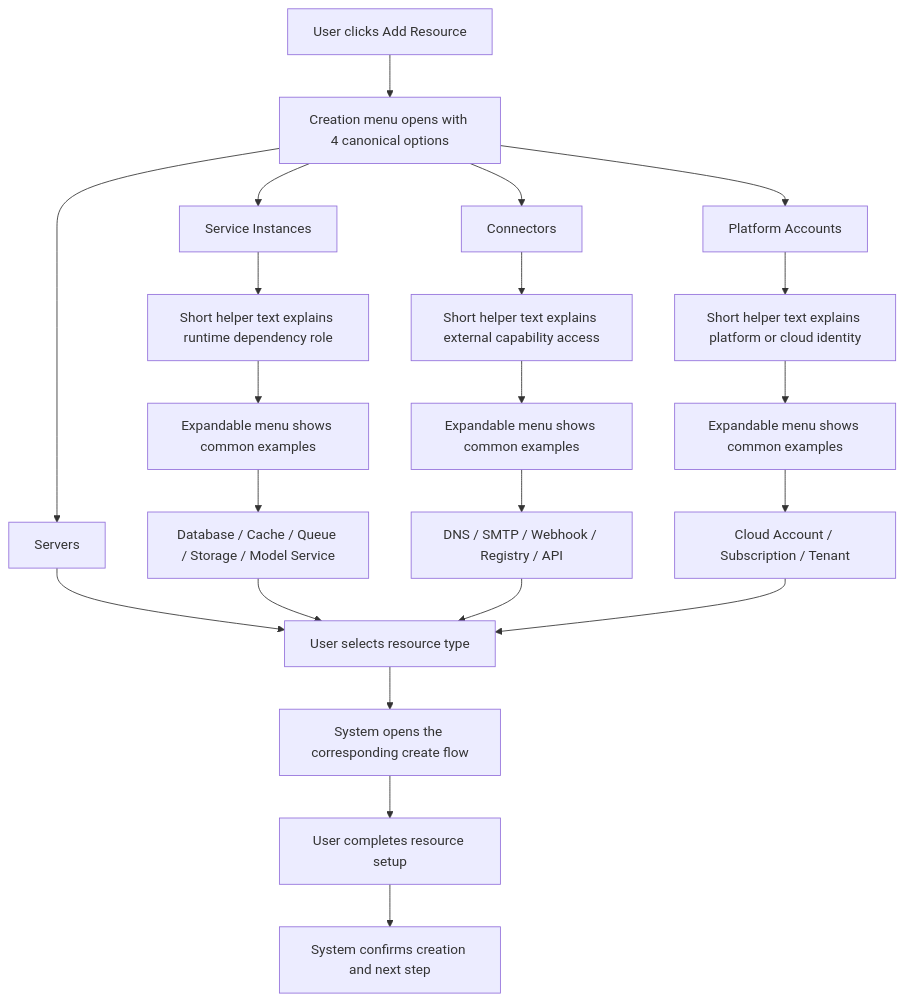
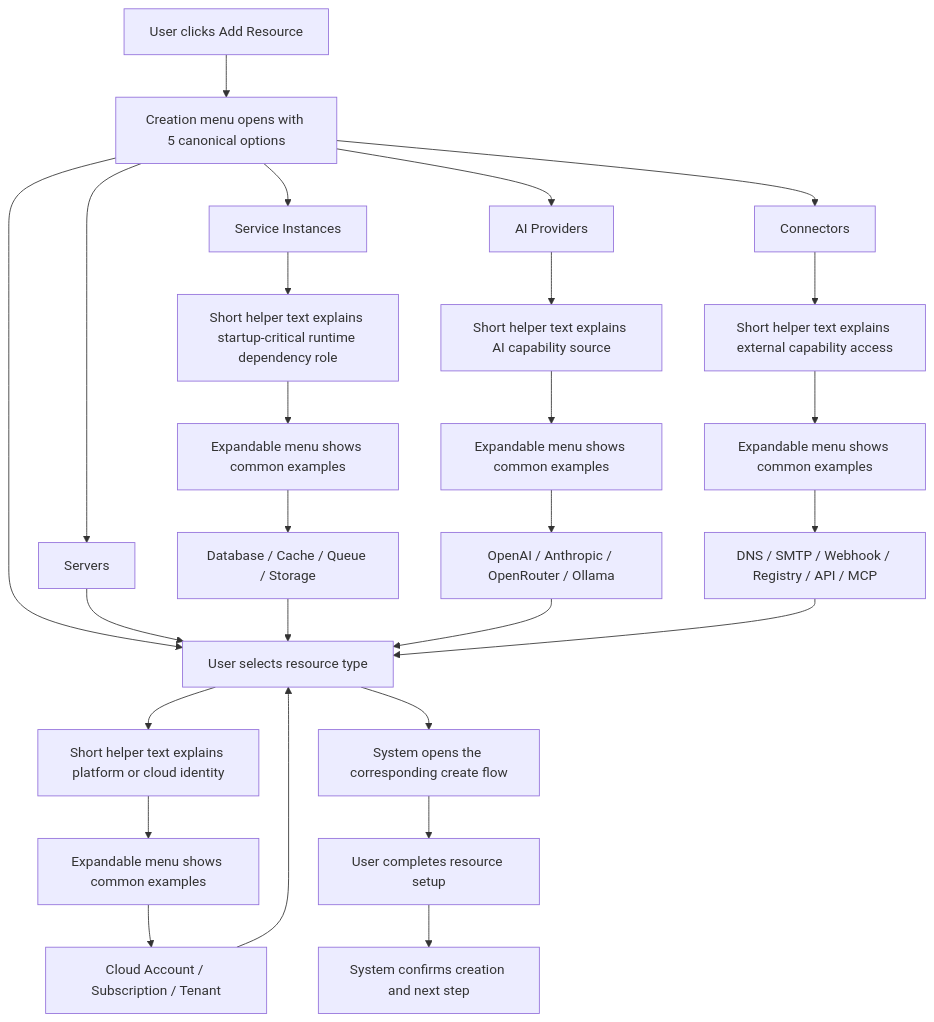
One commit to Websoft9/AppOS changed the second of 3 diagrams in specs/planning-artifacts/ux-design-specification.md. Above: the diagram before and after it, drawn with Mermaid. The commit also changed other lines of this file and 52 other files, not shown here.

````diff
--- a/specs/planning-artifacts/ux-design-specification.md
+++ b/specs/planning-artifacts/ux-design-specification.md
@@ -461,29 +465,35 @@
 ```mermaid
 flowchart TD
-  A[User clicks Add Resource] --> B[Creation menu opens with 4 canonical options]
+  A[User clicks Add Resource] --> B[Creation menu opens with 5 canonical options]
   B --> C[Servers]
   B --> D[Service Instances]
-  B --> E[Connectors]
-  B --> F[Platform Accounts]
+  B --> E[AI Providers]
+  B --> F[Connectors]
+  B --> G[Platform Accounts]
 
-  D --> D1[Short helper text explains runtime dependency role]
+  D --> D1[Short helper text explains startup-critical runtime dependency role]
   D1 --> D2[Expandable menu shows common examples]
-  D2 --> D3[Database / Cache / Queue / Storage / Model Service]
+  D2 --> D3[Database / Cache / Queue / Storage]
 
-  E --> E1[Short helper text explains external capability access]
+  E --> E1[Short helper text explains AI capability source]
   E1 --> E2[Expandable menu shows common examples]
-  E2 --> E3[DNS / SMTP / Webhook / Registry / API]
+  E2 --> E3[OpenAI / Anthropic / OpenRouter / Ollama]
 
-  F --> F1[Short helper text explains platform or cloud identity]
+  F --> F1[Short helper text explains external capability access]
   F1 --> F2[Expandable menu shows common examples]
-  F2 --> F3[Cloud Account / Subscription / Tenant]
+  F2 --> F3[DNS / SMTP / Webhook / Registry / API / MCP]
+
+  G --> G1[Short helper text explains platform or cloud identity]
+  G1 --> G2[Expandable menu shows common examples]
+  G2 --> G3[Cloud Account / Subscription / Tenant]
 
   C --> G[User selects resource type]
   D3 --> G
   E3 --> G
   F3 --> G
+  G3 --> G
 
   G --> H[System opens the corresponding create flow]
   H --> I[User completes resource setup]
   I --> J[System confirms creation and next step]
 ```
````
